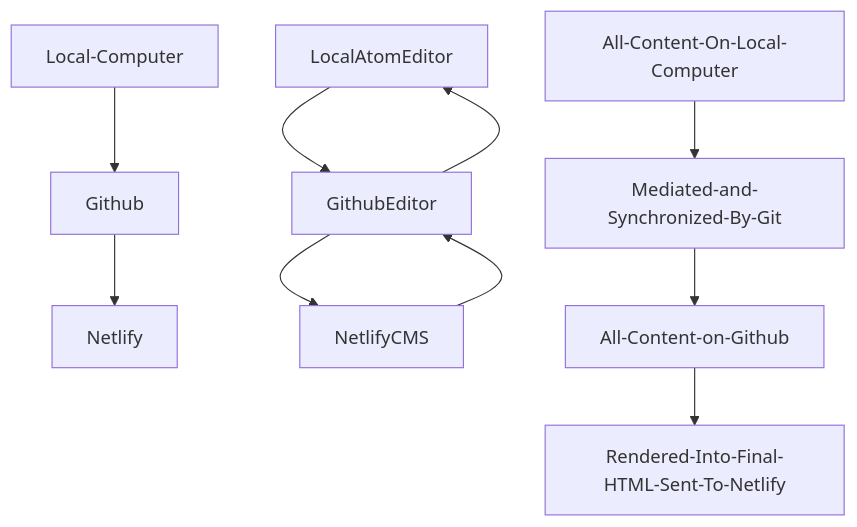
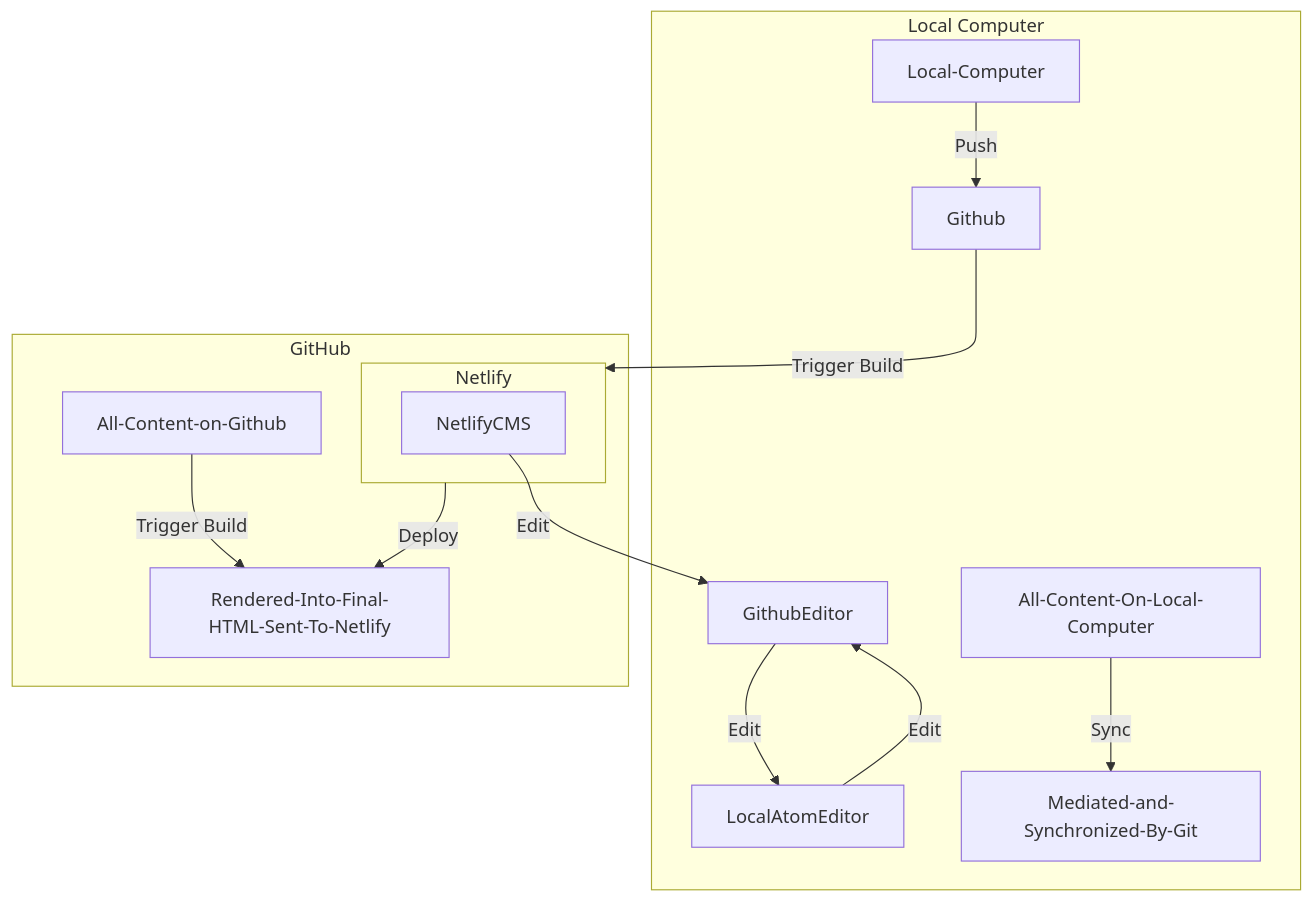
One commit to johngage/tlpf-1 changed the diagram in content/courses/Website/how-we-built-the-tegla-loroupe-peace-foundation-refugee-olympic-team-web-site-with-wowchemy-hugo-and-netlify_index.md. Above: the diagram before and after it, drawn with Mermaid. The commit also changed 2 other files, not shown here.

````diff
--- a/content/courses/Website/how-we-built-the-tegla-loroupe-peace-foundation-refugee-olympic-team-web-site-with-wowchemy-hugo-and-netlify_index.md
+++ b/content/courses/Website/how-we-built-the-tegla-loroupe-peace-foundation-refugee-olympic-team-web-site-with-wowchemy-hugo-and-netlify_index.md
@@ -35,12 +34,19 @@
-  ```mermaid
-    graph TD;
-    Local-Computer -->Github;
-    Github-->Netlify;
-    LocalAtomEditor-->GithubEditor;
-    GithubEditor-->LocalAtomEditor;
-    GithubEditor-->NetlifyCMS;
-    NetlifyCMS-->GithubEditor;
-    All-Content-On-Local-Computer-->Mediated-and-Synchronized-By-Git;
-    Mediated-and-Synchronized-By-Git-->All-Content-on-Github;
-    All-Content-on-Github-->Rendered-Into-Final-HTML-Sent-To-Netlify;
-  ```
+```mermaid
+  graph TD;
+  subgraph Local Computer
+    Local-Computer -->|Push| Github
+    LocalAtomEditor -->|Edit| GithubEditor
+    All-Content-On-Local-Computer -->|Sync| Mediated-and-Synchronized-By-Git
+  end
+
+  subgraph GitHub
+    Github -->|Trigger Build| Netlify
+    GithubEditor -->|Edit| LocalAtomEditor
+    All-Content-on-Github -->|Trigger Build| Rendered-Into-Final-HTML-Sent-To-Netlify
+  end
+
+  subgraph Netlify
+    Netlify -->|Deploy| Rendered-Into-Final-HTML-Sent-To-Netlify
+    NetlifyCMS -->|Edit| GithubEditor
+  end
+```
````
